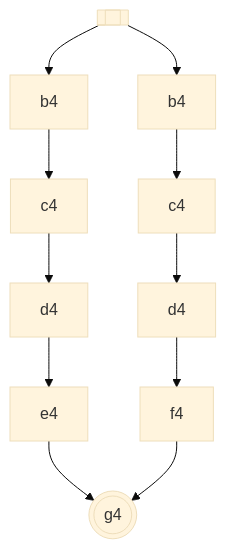
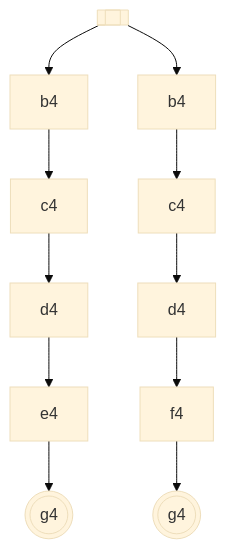
One commit to vczh-websites/vczh changed diagram 23 of 23 in Blog/GLR-Refactoring/Mermaid.md. Above: the diagram before and after it, drawn with Mermaid (base theme).

````diff
--- a/Blog/GLR-Refactoring/Mermaid.md
+++ b/Blog/GLR-Refactoring/Mermaid.md
@@ -608,5 +608,5 @@
 ```mermaid
 graph TD
   S[[ ]]-->b4_1[b4]-->c4_1[c4]-->d4_1[d4]-->e4_1[e4]-->g4_1(((g4)))
-  S-->b4_2[b4]-->c4_2[c4]-->d4_2[d4]-->f4_2[f4]-->g4_1(((g4)))
+  S-->b4_2[b4]-->c4_2[c4]-->d4_2[d4]-->f4_2[f4]-->g4_2(((g4)))
 ```
````
